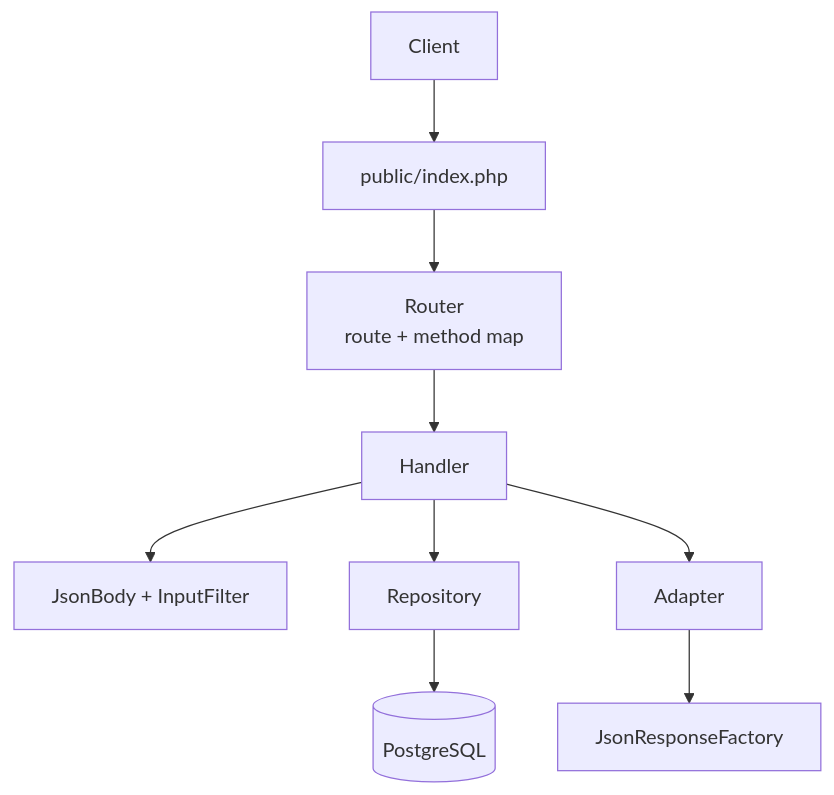
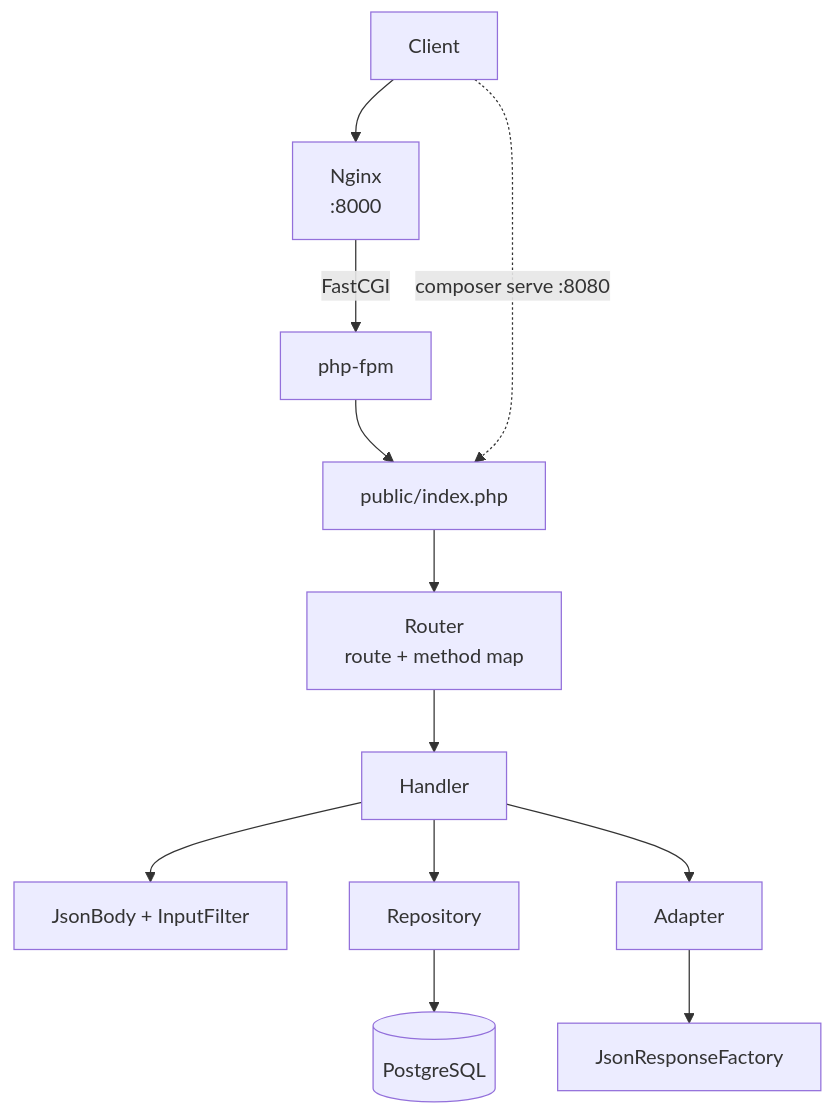
The diagram in README.md (blakesimpson-dev/laminas-api-sample), drawn with Mermaid before and after one commit. The commit also changed other lines of this file and 1 other file, not shown here.

Commit message:
docs: document Nginx and php-fpm setup, prune README

````diff
--- a/README.md
+++ b/README.md
@@ -47,11 +45,14 @@
 ```mermaid
 flowchart TD
-    C[Client] --> I[public/index.php]
+    C[Client] --> N[Nginx<br/>:8000]
+    N -->|FastCGI| F[php-fpm]
+    F --> I[public/index.php]
+    C -.->|composer serve :8080| I
     I --> R[Router<br/>route + method map]
     R --> H[Handler]
     H --> V[JsonBody + InputFilter]
     H --> Rp[Repository]
     H --> A[Adapter]
     Rp --> D[(PostgreSQL)]
     A --> J[JsonResponseFactory]
 ```
````
